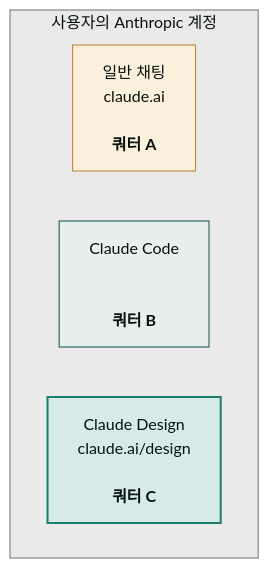
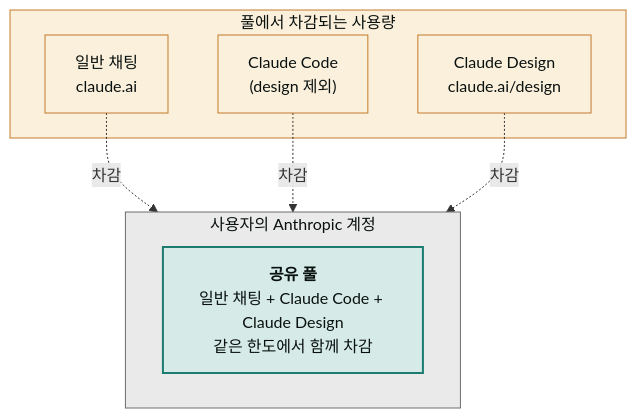
Before and after one commit to modu-ai/claude: the first of 2 diagrams in content/claude-design/pricing-limits/_index.md, drawn with Mermaid. The commit also changed other lines of this file and 96 other files, not shown here.

First line of the commit message:
docs(docs-site): 모두의 클로드 재설계 — Chat/Code/Design 섹션 + 플러그인 서브페이지 + 릴리스 노트

````diff
--- a/content/claude-design/pricing-limits/_index.md
+++ b/content/claude-design/pricing-limits/_index.md
@@ -27,14 +27,24 @@
 ```mermaid
 flowchart TB
     subgraph Acc["사용자의 Anthropic 계정"]
         direction LR
-        A["일반 채팅<br/>claude.ai<br/><br/><b>쿼터 A</b>"]
-        B["Claude Code<br/><br/><br/><b>쿼터 B</b>"]
-        C["Claude Design<br/>claude.ai/design<br/><br/><b>쿼터 C</b>"]
+        Pool["<b>공유 풀</b><br/>일반 채팅 + Claude Code + Claude Design<br/>같은 한도에서 함께 차감"]
     end
 
+    subgraph Contrib["풀에서 차감되는 사용량"]
+        A["일반 채팅<br/>claude.ai"]
+        B["Claude Code<br/>(design 제외)"]
+        C["Claude Design<br/>claude.ai/design"]
+    end
+
+    A -.->|차감| Pool
+    B -.->|차감| Pool
+    C -.->|차감| Pool
+
     style Acc fill:#eaeaea,stroke:#6e6e6e,color:#09110f
+    style Pool fill:#d6ebe7,stroke:#1c7c70,stroke-width:2px,color:#09110f
+    style Contrib fill:#fbf0dc,stroke:#c47b2a,color:#09110f
     style A fill:#fbf0dc,stroke:#c47b2a,color:#09110f
-    style B fill:#e6f0ef,stroke:#144a46,color:#09110f
-    style C fill:#d6ebe7,stroke:#1c7c70,stroke-width:2px,color:#09110f
+    style B fill:#fbf0dc,stroke:#c47b2a,color:#09110f
+    style C fill:#fbf0dc,stroke:#c47b2a,color:#09110f
 ```
````
